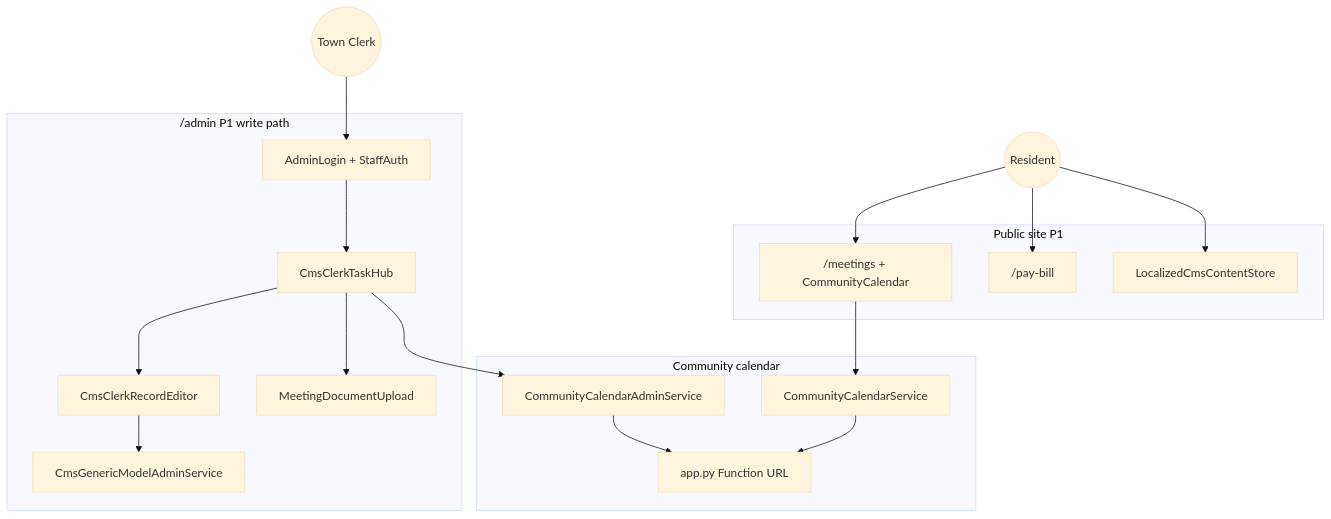
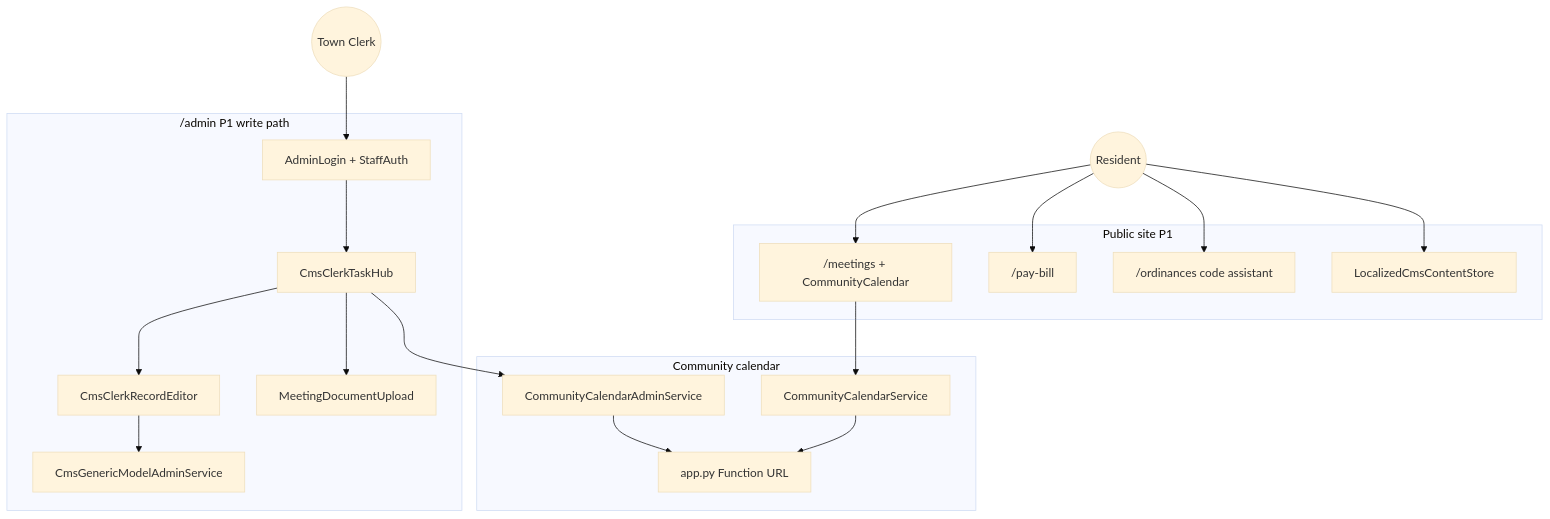
Before and after one commit to Bigessfour/Townofwiley: the diagram in docs/function-tree.md, drawn with Mermaid (base theme). The commit also changed 58 other files, not shown here.

First line of the commit message:
Add the municipal code assistant to the public site

````diff
--- a/docs/function-tree.md
+++ b/docs/function-tree.md
@@ -8,32 +8,34 @@
 ```mermaid
 flowchart TB
   Resident((Resident))
   Clerk((Town Clerk))
 
   subgraph Public["Public site P1"]
     Meetings["/meetings + CommunityCalendar"]
     Pay["/pay-bill"]
+    Ordinances["/ordinances code assistant"]
     CmsRead["LocalizedCmsContentStore"]
   end
 
   subgraph Calendar["Community calendar"]
     Svc["CommunityCalendarService"]
     AdminSvc["CommunityCalendarAdminService"]
     Lambda["app.py Function URL"]
   end
 
   subgraph Staff["/admin P1 write path"]
     Login["AdminLogin + StaffAuth"]
     Hub["CmsClerkTaskHub"]
     Editor["CmsClerkRecordEditor"]
     Generic["CmsGenericModelAdminService"]
     Upload["MeetingDocumentUpload"]
   end
 
   Resident --> Meetings --> Svc --> Lambda
   Resident --> Pay
+  Resident --> Ordinances
   Resident --> CmsRead
   Clerk --> Login --> Hub --> Editor --> Generic
   Hub --> Upload
   Hub --> AdminSvc --> Lambda
 ```
````
